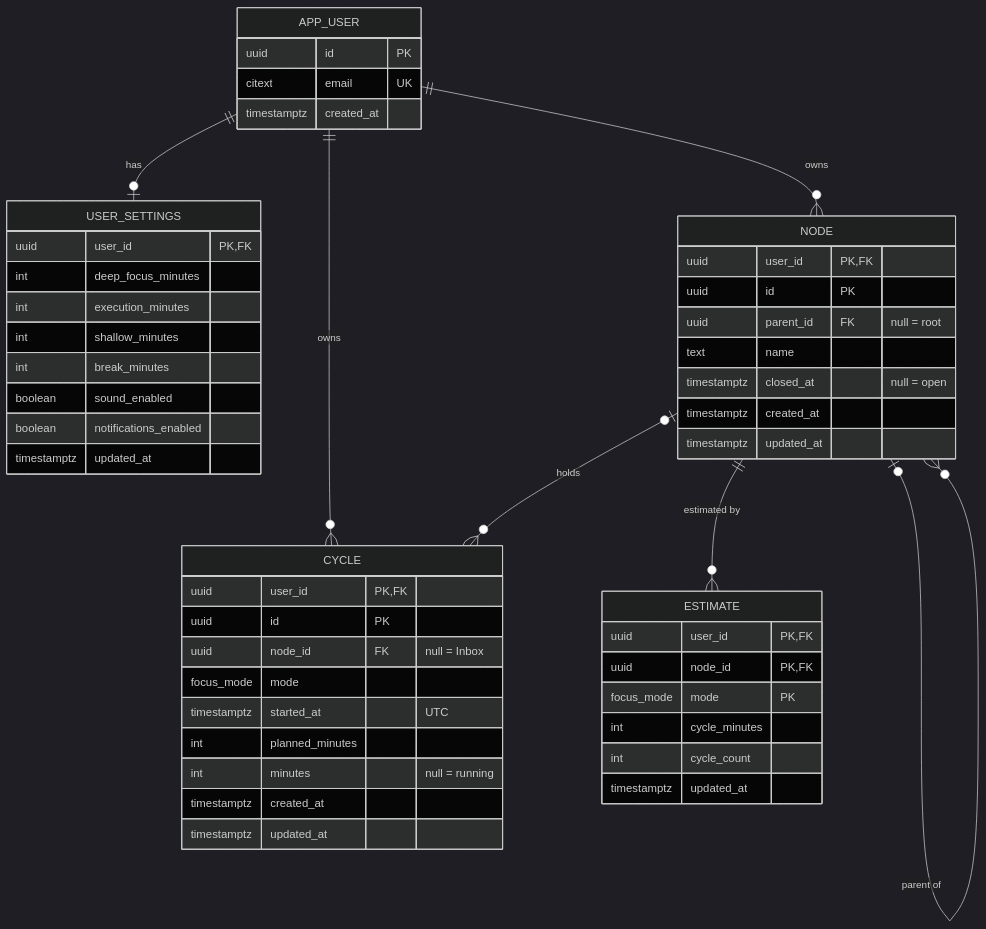
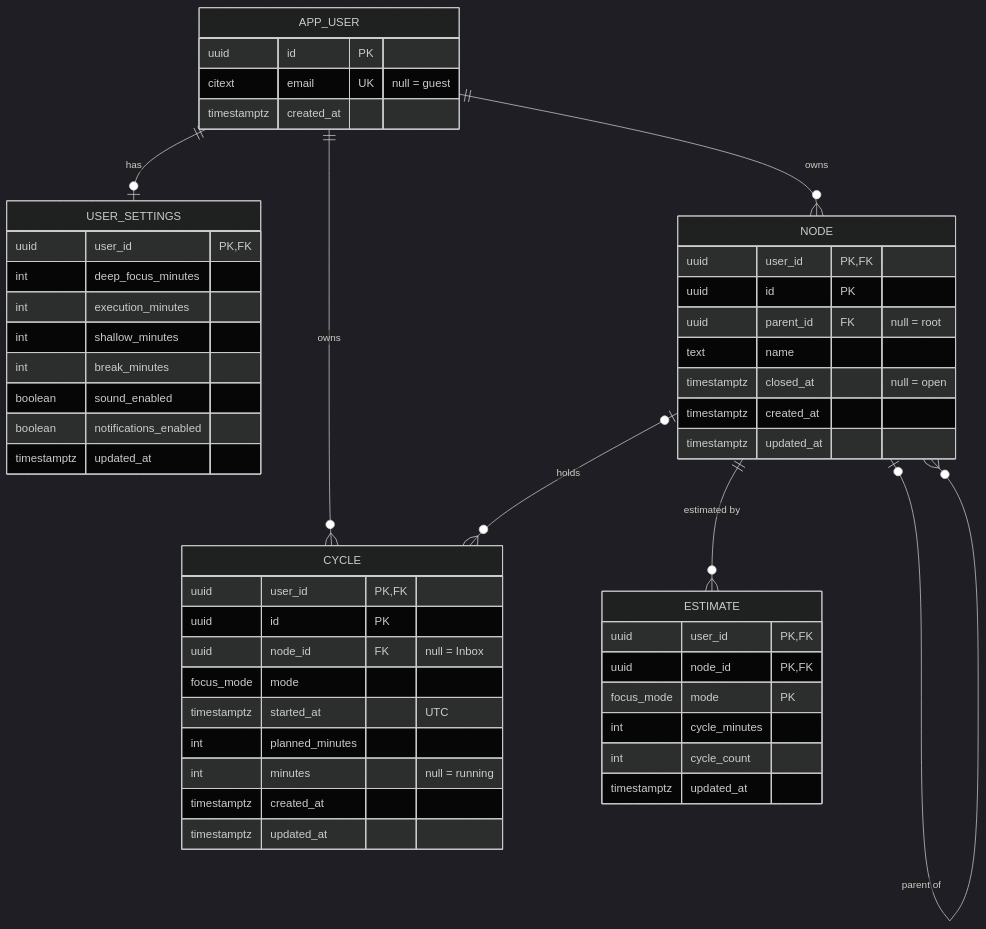
The first of 2 diagrams in docs/schema.md (SaumyaKarnwal/focus-ledger), drawn with Mermaid (dark theme) before and after one commit. The commit also changed other lines of this file and 1 other file, not shown here.

````diff
--- a/docs/schema.md
+++ b/docs/schema.md
@@ -38,53 +43,53 @@
 ```mermaid
 erDiagram
     APP_USER ||--o| USER_SETTINGS : "has"
     APP_USER ||--o{ NODE : "owns"
     APP_USER ||--o{ CYCLE : "owns"
     NODE |o--o{ NODE : "parent of"
     NODE |o--o{ CYCLE : "holds"
     NODE ||--o{ ESTIMATE : "estimated by"
 
     APP_USER {
         uuid id PK
-        citext email UK
+        citext email UK "null = guest"
         timestamptz created_at
     }
     USER_SETTINGS {
         uuid user_id PK, FK
         int deep_focus_minutes
         int execution_minutes
         int shallow_minutes
         int break_minutes
         boolean sound_enabled
         boolean notifications_enabled
         timestamptz updated_at
     }
     NODE {
         uuid user_id PK, FK
         uuid id PK
         uuid parent_id FK "null = root"
         text name
         timestamptz closed_at "null = open"
         timestamptz created_at
         timestamptz updated_at
     }
     CYCLE {
         uuid user_id PK, FK
         uuid id PK
         uuid node_id FK "null = Inbox"
         focus_mode mode
         timestamptz started_at "UTC"
         int planned_minutes
         int minutes "null = running"
         timestamptz created_at
         timestamptz updated_at
     }
     ESTIMATE {
         uuid user_id PK, FK
         uuid node_id PK, FK
         focus_mode mode PK
         int cycle_minutes
         int cycle_count
         timestamptz updated_at
     }
 ```
````
